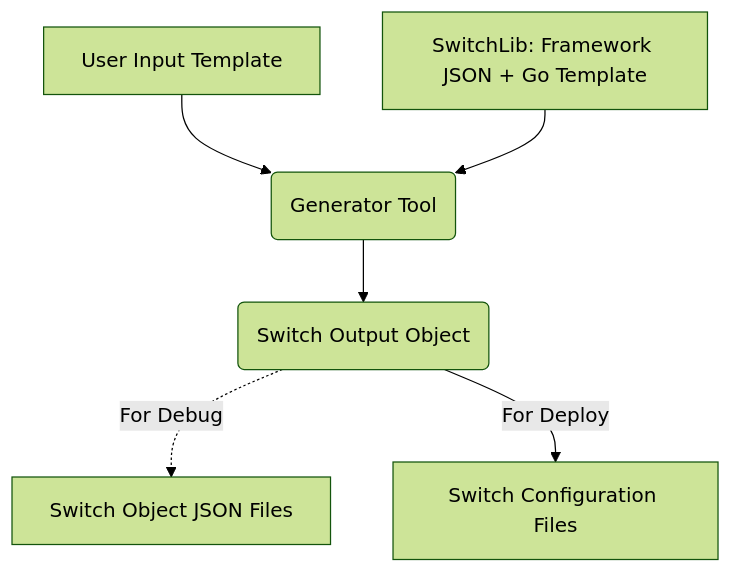
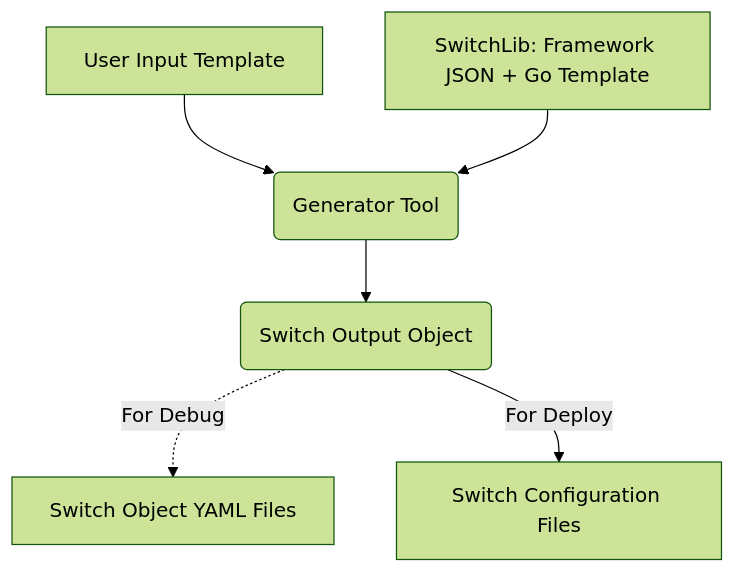
One commit to microsoft/AzureStack_Network_Switch_Config_Generator changed the diagram in README.md. Above: the diagram before and after it, drawn with Mermaid (forest theme). The commit also changed other lines of this file and 1 other file, not shown here.

````diff
--- a/README.md
+++ b/README.md
@@ -14,14 +16,14 @@
 ```mermaid
 flowchart TD
     A[SwitchLib: Framework JSON + Go Template]
     B[User Input Template]
     C(Generator Tool)
     D(Switch Output Object)
-    E[Switch Object JSON Files]
+    E[Switch Object YAML Files]
     F[Switch Configuration Files]
     B --> C
     A --> C
     C --> D
     D -.-> |For Debug| E
     D --> |For Deploy| F
 ```
````
